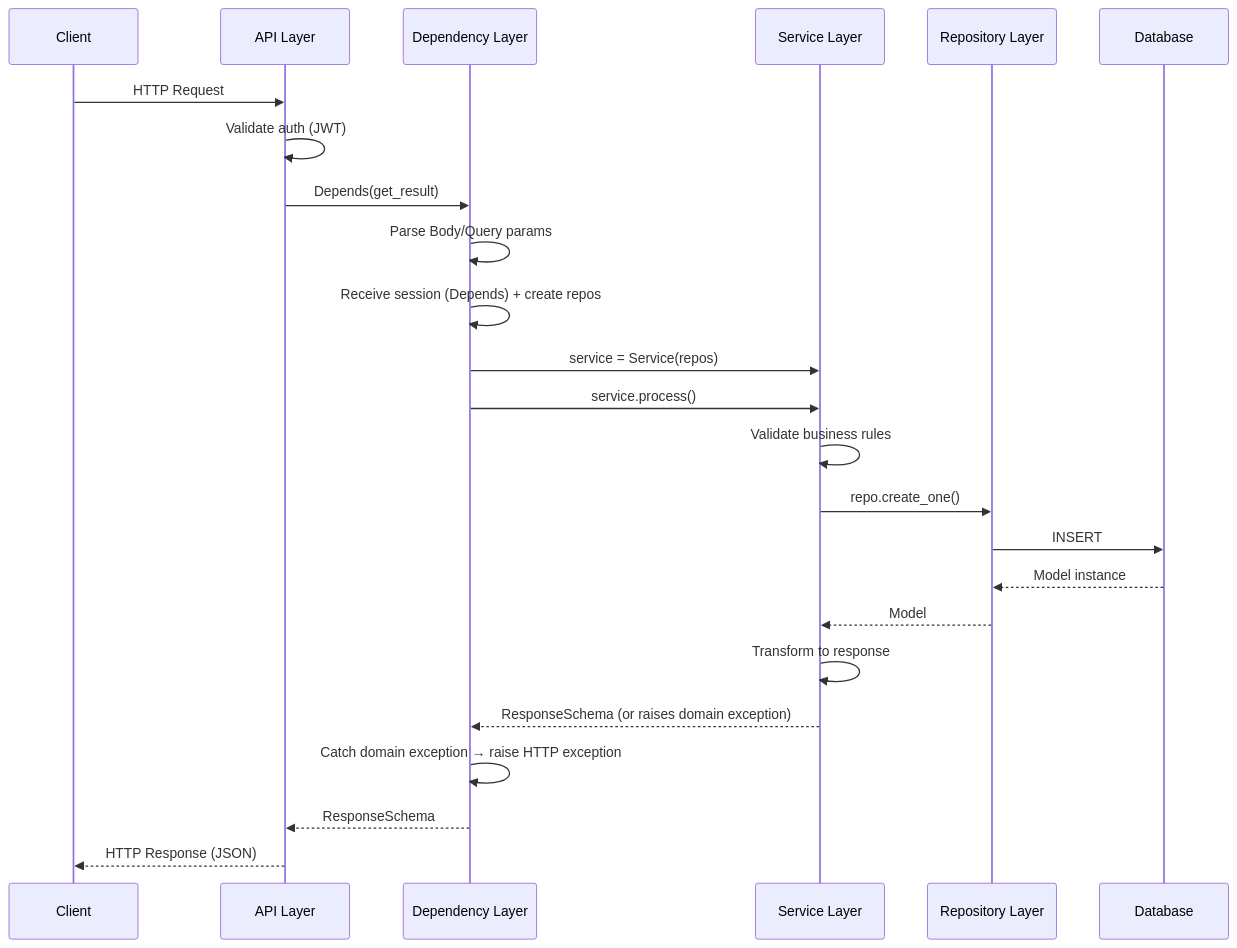
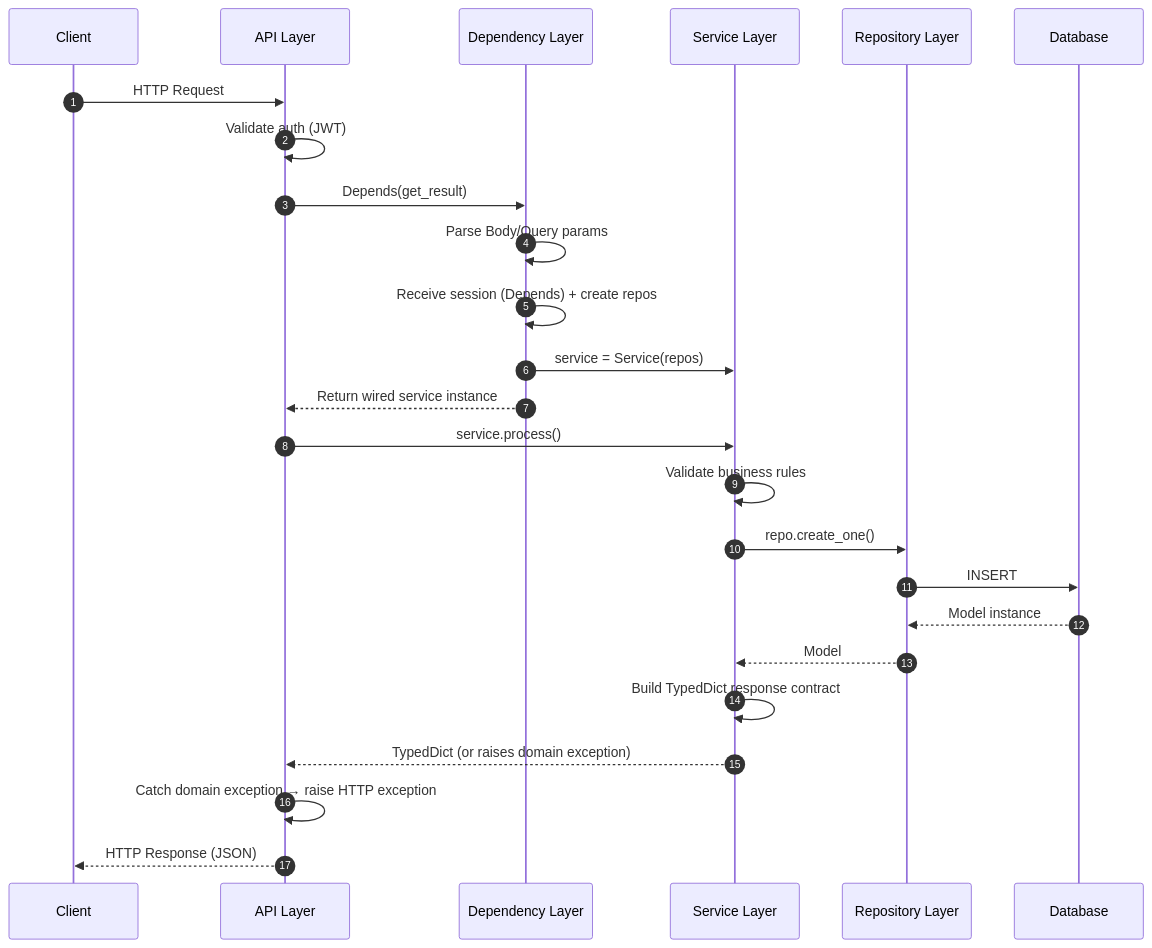
One commit to eslam5464/Fastapi-Template changed the second of 9 diagrams in docs/backend-architecture.md. Above: the diagram before and after it, drawn with Mermaid. The commit also changed other lines of this file, not shown here.

Commit message:
Refactor backend architecture documentation: Enhance exception handling strategy, clarify service contracts, and introduce idempotency controls for write APIs.

````diff
--- a/docs/backend-architecture.md
+++ b/docs/backend-architecture.md
@@ -1415,27 +1411,28 @@
 ```mermaid
 sequenceDiagram
+    autonumber
     participant Client
     participant API as API Layer
     participant Deps as Dependency Layer
     participant Service as Service Layer
     participant Repo as Repository Layer
     participant DB as Database
 
     Client->>API: HTTP Request
     API->>API: Validate auth (JWT)
     API->>Deps: Depends(get_result)
     Deps->>Deps: Parse Body/Query params
     Deps->>Deps: Receive session (Depends) + create repos
     Deps->>Service: service = Service(repos)
-    Deps->>Service: service.process()
+    Deps-->>API: Return wired service instance
+    API->>Service: service.process()
     Service->>Service: Validate business rules
     Service->>Repo: repo.create_one()
     Repo->>DB: INSERT
     DB-->>Repo: Model instance
     Repo-->>Service: Model
-    Service->>Service: Transform to response
-    Service-->>Deps: ResponseSchema (or raises domain exception)
-    Deps->>Deps: Catch domain exception → raise HTTP exception
-    Deps-->>API: ResponseSchema
+    Service->>Service: Build TypedDict response contract
+    Service-->>API: TypedDict (or raises domain exception)
+    API->>API: Catch domain exception → raise HTTP exception
     API-->>Client: HTTP Response (JSON)
 ```
````
